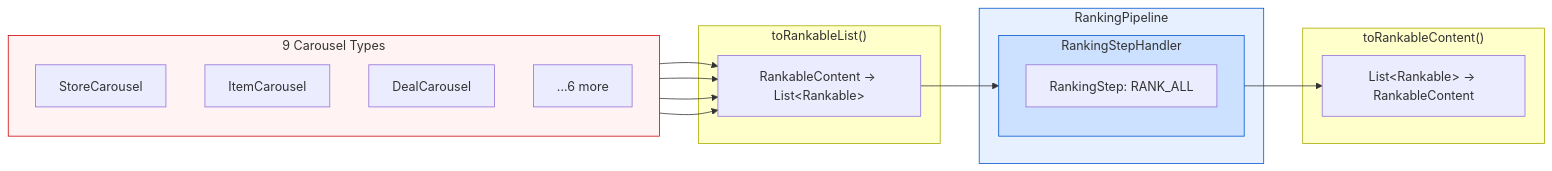
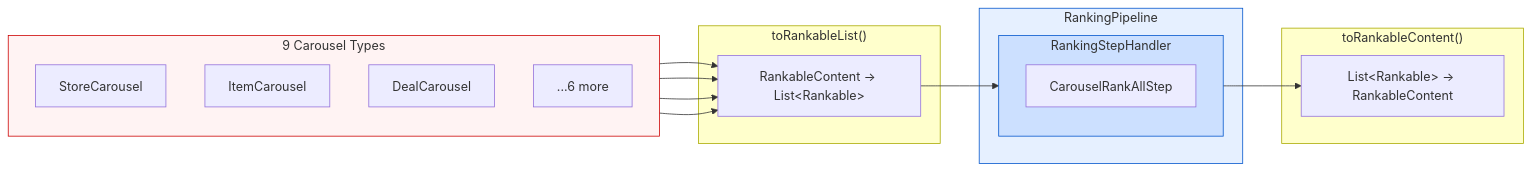
Before and after one commit to daniel-fonyo/dd-brain: the first of 3 diagrams in unified-blending-platform/spec/rfc-abstraction-layer.md, drawn with Mermaid. The commit also changed other lines of this file, not shown here.

First line of the commit message:
RFC: remove stepType enum and generics, add RankingStepAssembler

````diff
--- a/unified-blending-platform/spec/rfc-abstraction-layer.md
+++ b/unified-blending-platform/spec/rfc-abstraction-layer.md
@@ -107,38 +107,38 @@
 ```mermaid
 flowchart LR
     subgraph sources["9 Carousel Types"]
         direction TB
         T1["StoreCarousel"]
         T2["ItemCarousel"]
         T3["DealCarousel"]
         T4["...6 more"]
     end
 
     subgraph convert["toRankableList()"]
         A["RankableContent → List&lt;Rankable&gt;"]
     end
 
     T1 --> A
     T2 --> A
     T3 --> A
     T4 --> A
 
     subgraph pipeline["RankingPipeline"]
         subgraph handler1["RankingStepHandler"]
-            S1["RankingStep: RANK_ALL"]
+            S1["CarouselRankAllStep"]
         end
     end
 
     A --> handler1
     handler1 --> WB
 
     subgraph writeback["toRankableContent()"]
         WB["List&lt;Rankable&gt; → RankableContent"]
     end
 
     style sources fill:#fff3f3,stroke:#cc0000
     style convert fill:#ffffcc,stroke:#aaaa00
     style pipeline fill:#e6f0ff,stroke:#0055cc
     style handler1 fill:#cce0ff,stroke:#0055cc
     style writeback fill:#ffffcc,stroke:#aaaa00
 ```
````
